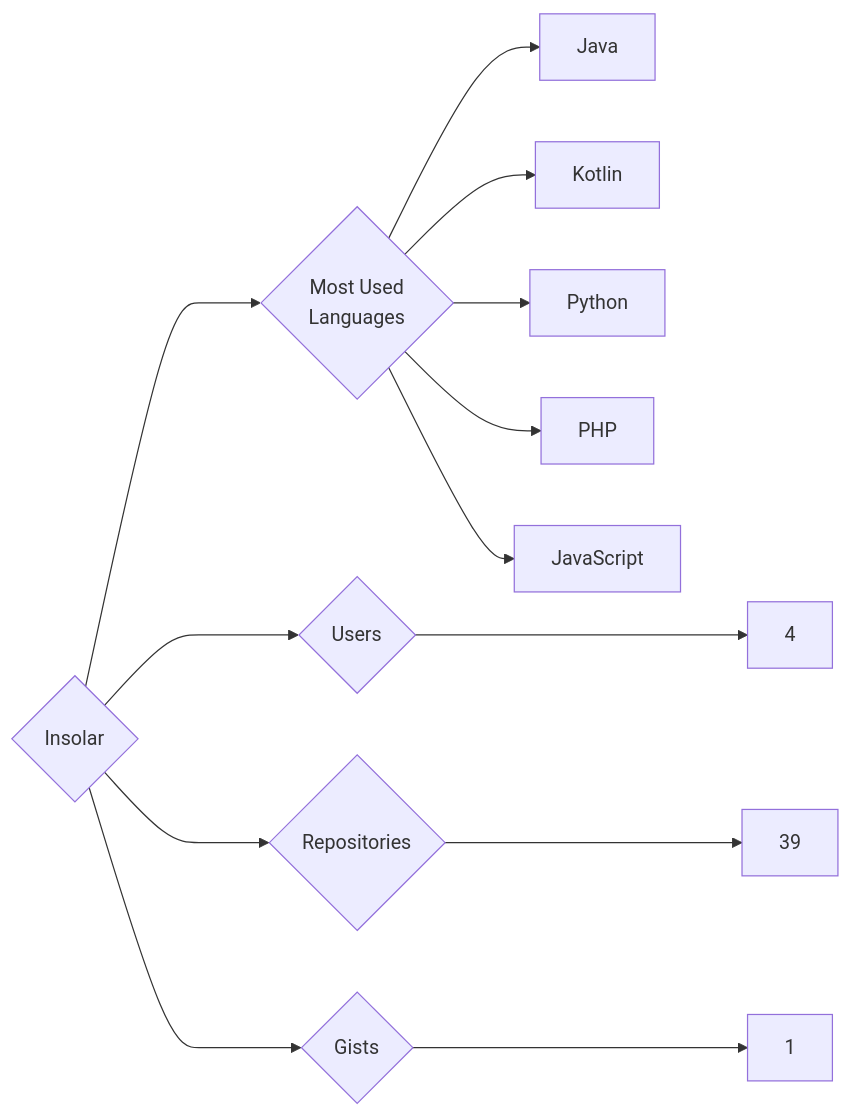
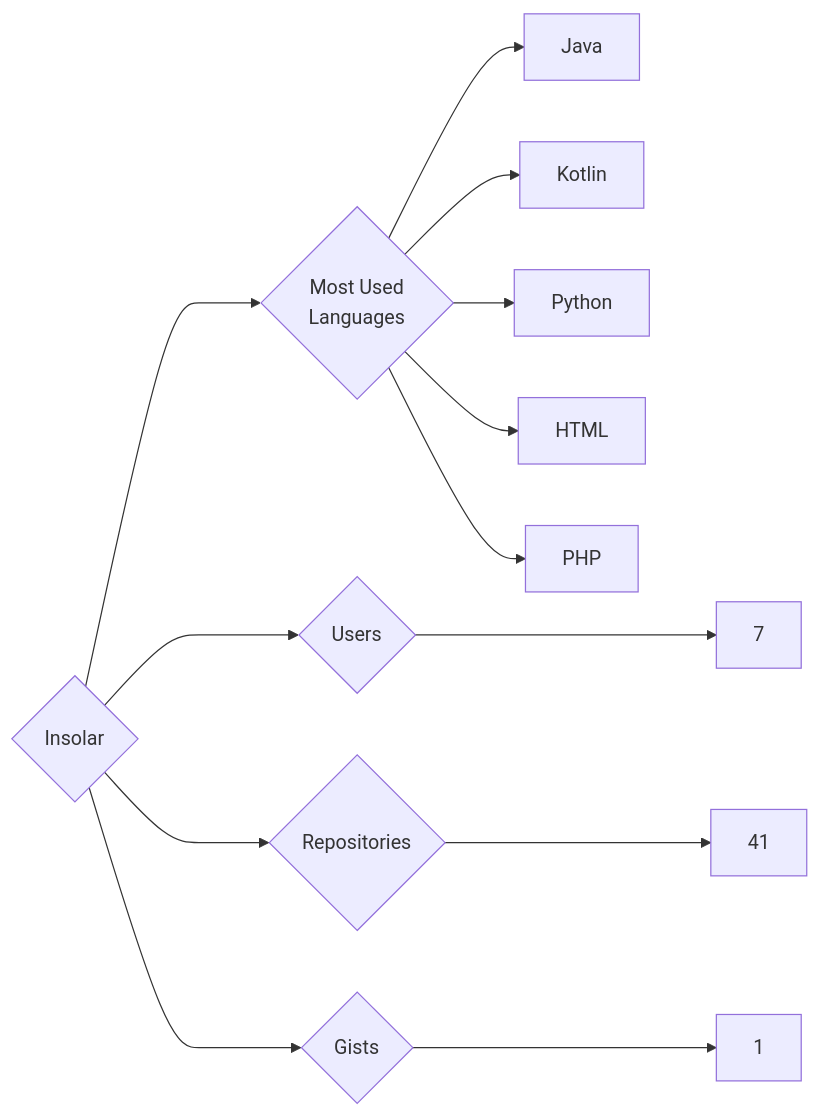
Before and after one commit to trickest/insiders: the diagram in targets/Insolar/README.md, drawn with Mermaid. The commit also changed 718 other files, not shown here.

````diff
--- a/targets/Insolar/README.md
+++ b/targets/Insolar/README.md
@@ -3,13 +3,13 @@
 ```mermaid
 graph LR
 COMPANY_NAME{Insolar}
-COMPANY_NAME ---> U{Users} ---> UN[4]
-COMPANY_NAME ---> R{Repositories} ---> RN[39]
+COMPANY_NAME ---> U{Users} ---> UN[7]
+COMPANY_NAME ---> R{Repositories} ---> RN[41]
 COMPANY_NAME ---> G{Gists} ---> GN[1]
 COMPANY_NAME ---> ML{Most Used<br>Languages}
 ML --> Java[Java]
 ML --> Kotlin[Kotlin]
 ML --> Python[Python]
+ML --> HTML[HTML]
 ML --> PHP[PHP]
-ML --> JavaScript[JavaScript]
 ```
````
